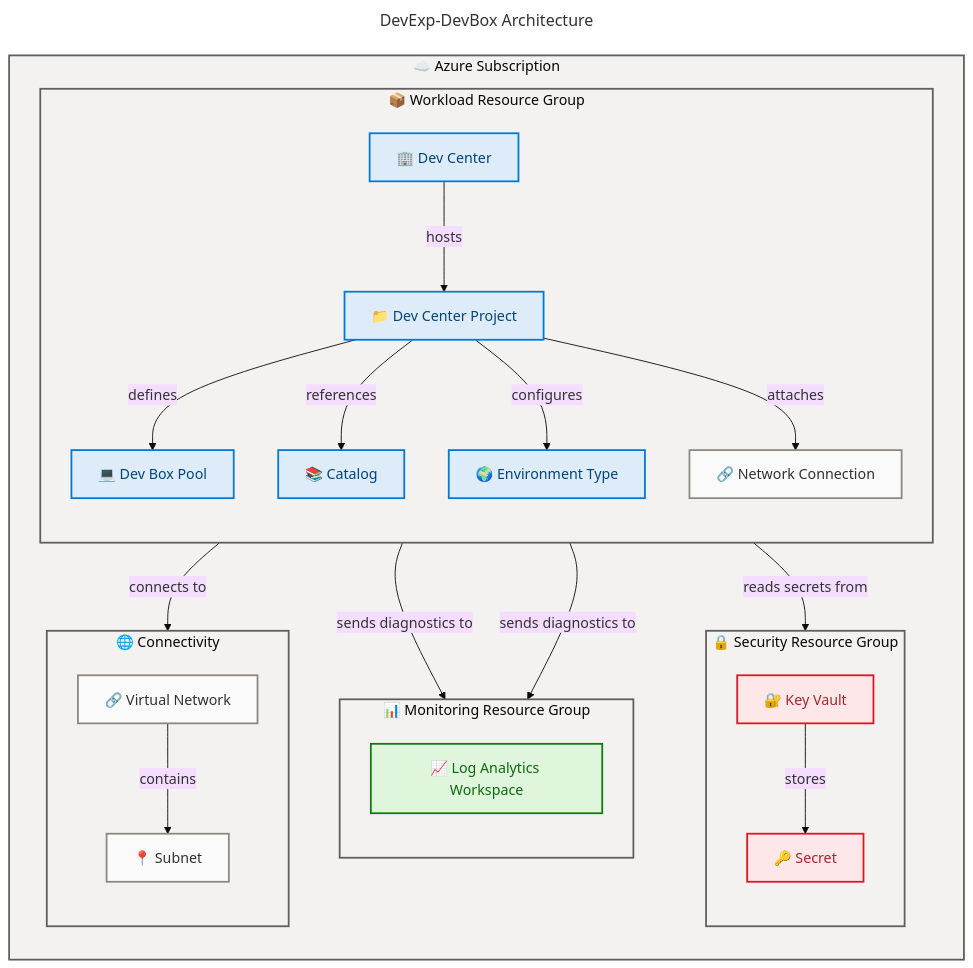
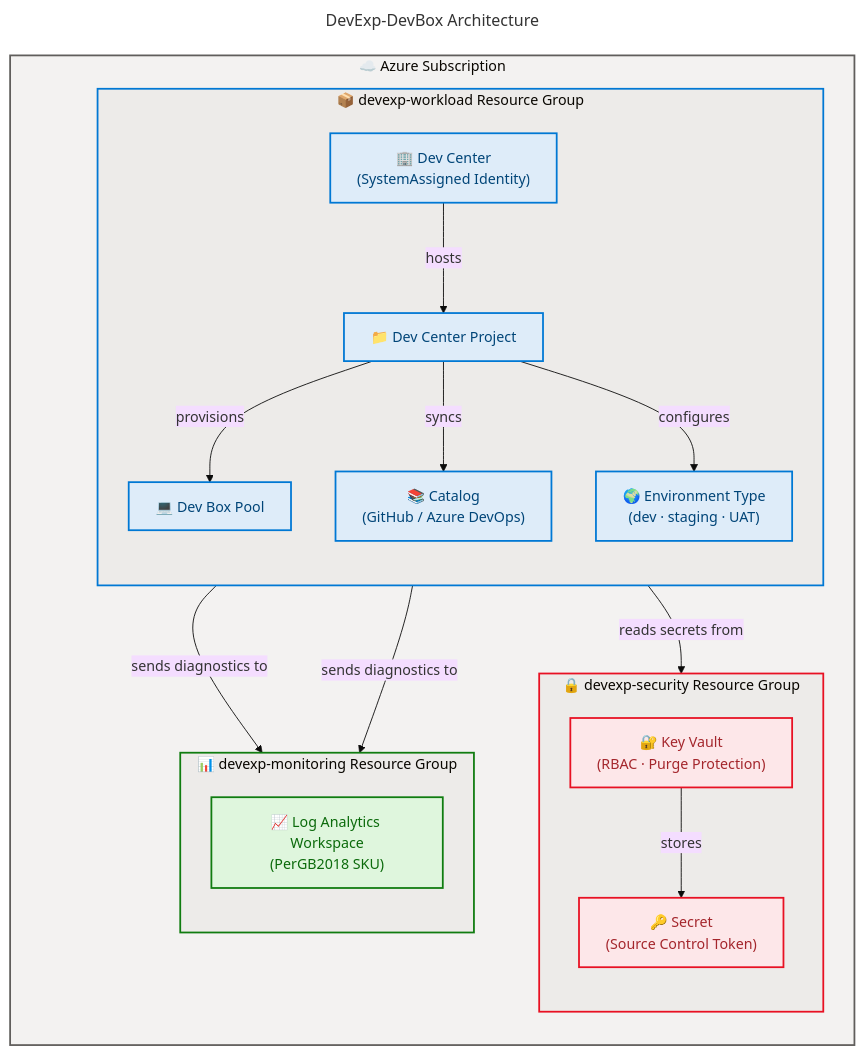
Before and after one commit to Evilazaro/DevExp-DevBox: the diagram in README.md, drawn with Mermaid. The commit also changed other lines of this file, not shown here.

Commit message:
docs: refine README.md for improved clarity and structure, enhancing project details and configuration instructions

````diff
--- a/README.md
+++ b/README.md
@@ -56,81 +62,71 @@
 ```mermaid
 ---
 title: "DevExp-DevBox Architecture"
 config:
   theme: base
   look: classic
   layout: dagre
   flowchart:
     htmlLabels: true
 ---
 flowchart TB
     accTitle: DevExp-DevBox Architecture
-    accDescr: Shows the three-tier Azure Landing Zone architecture with workload, security, and monitoring resource groups and their component relationships
+    accDescr: Three-tier Azure Landing Zone with workload, security, and monitoring resource groups deployed at subscription scope via Bicep modules
 
     %% ═══════════════════════════════════════════════════════════════════════════
     %% AZURE / FLUENT ARCHITECTURE PATTERN v1.1
     %% PHASE 1 - STRUCTURAL: Direction explicit, flat topology, nesting ≤ 3
     %% PHASE 2 - SEMANTIC: Colors justified, max 5 semantic classes, neutral-first
     %% PHASE 3 - FONT: Dark text on light backgrounds, contrast ≥ 4.5:1
     %% PHASE 4 - ACCESSIBILITY: accTitle/accDescr present, icons on all nodes
     %% PHASE 5 - STANDARD: Governance block present, classDefs centralized
     %% ═══════════════════════════════════════════════════════════════════════════
 
     subgraph subscription["☁️ Azure Subscription"]
         direction TB
 
-        subgraph workloadRG["📦 Workload Resource Group"]
+        subgraph workloadRG["📦 devexp-workload Resource Group"]
             direction TB
-            devCenter["🏢 Dev Center"]:::core
+            devCenter["🏢 Dev Center<br/>(SystemAssigned Identity)"]:::core
             project["📁 Dev Center Project"]:::core
             pool["💻 Dev Box Pool"]:::core
-            catalog["📚 Catalog"]:::core
-            envType["🌍 Environment Type"]:::core
-            netConn["🔗 Network Connection"]:::neutral
+            catalog["📚 Catalog<br/>(GitHub / Azure DevOps)"]:::core
+            envType["🌍 Environment Type<br/>(dev · staging · UAT)"]:::core
 
             devCenter -->|"hosts"| project
-            project -->|"defines"| pool
-            project -->|"references"| catalog
+            project -->|"provisions"| pool
+            project -->|"syncs"| catalog
             project -->|"configures"| envType
-            project -->|"attaches"| netConn
         end
 
-        subgraph securityRG["🔒 Security Resource Group"]
+        subgraph securityRG["🔒 devexp-security Resource Group"]
             direction TB
-            keyVault["🔐 Key Vault"]:::danger
-            secret["🔑 Secret"]:::danger
+            keyVault["🔐 Key Vault<br/>(RBAC · Purge Protection)"]:::danger
+            secret["🔑 Secret<br/>(Source Control Token)"]:::danger
 
             keyVault -->|"stores"| secret
         end
 
-        subgraph monitoringRG["📊 Monitoring Resource Group"]
+        subgraph monitoringRG["📊 devexp-monitoring Resource Group"]
             direction TB
-            logAnalytics["📈 Log Analytics Workspace"]:::success
-        end
-
-        subgraph connectivityRG["🌐 Connectivity"]
-            direction TB
-            vnet["🔗 Virtual Network"]:::neutral
-            subnet["📍 Subnet"]:::neutral
-
-            vnet -->|"contains"| subnet
+            logAnalytics["📈 Log Analytics Workspace<br/>(PerGB2018 SKU)"]:::success
         end
 
         devCenter -->|"reads secrets from"| keyVault
         devCenter -->|"sends diagnostics to"| logAnalytics
         project -->|"sends diagnostics to"| logAnalytics
-        netConn -->|"connects to"| subnet
     end
 
+    %% SUBGRAPH STYLING (4 subgraphs = 4 style directives)
     style subscription fill:#F3F2F1,stroke:#605E5C,stroke-width:2px
-    style workloadRG fill:#F3F2F1,stroke:#605E5C,stroke-width:2px
-    style securityRG fill:#F3F2F1,stroke:#605E5C,stroke-width:2px
-    style monitoringRG fill:#F3F2F1,stroke:#605E5C,stroke-width:2px
-    style connectivityRG fill:#F3F2F1,stroke:#605E5C,stroke-width:2px
+    style workloadRG fill:#EDEBE9,stroke:#0078D4,stroke-width:2px
+    style securityRG fill:#EDEBE9,stroke:#E81123,stroke-width:2px
+    style monitoringRG fill:#EDEBE9,stroke:#107C10,stroke-width:2px
 
     %% Centralized semantic classDefs (Phase 5 compliant)
     classDef core fill:#DEECF9,stroke:#0078D4,stroke-width:2px,color:#004578
     classDef success fill:#DFF6DD,stroke:#107C10,stroke-width:2px,color:#0B6A0B
     classDef danger fill:#FDE7E9,stroke:#E81123,stroke-width:2px,color:#A4262C
-    classDef neutral fill:#FAFAFA,stroke:#8A8886,stroke-width:2px,color:#323130
+
+    %% Accessibility: WCAG AA verified (4.5:1 contrast ratio)
 ```
````
